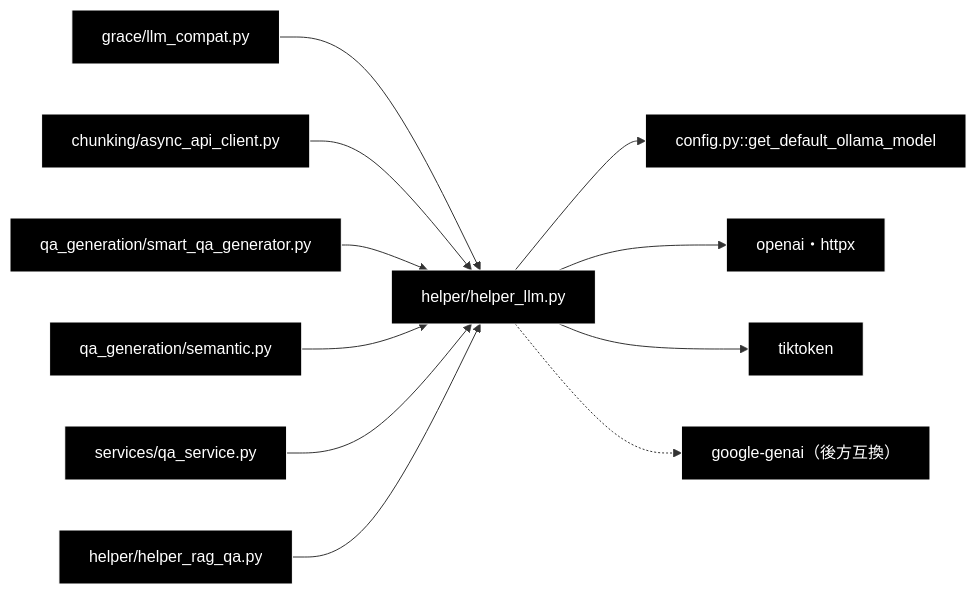
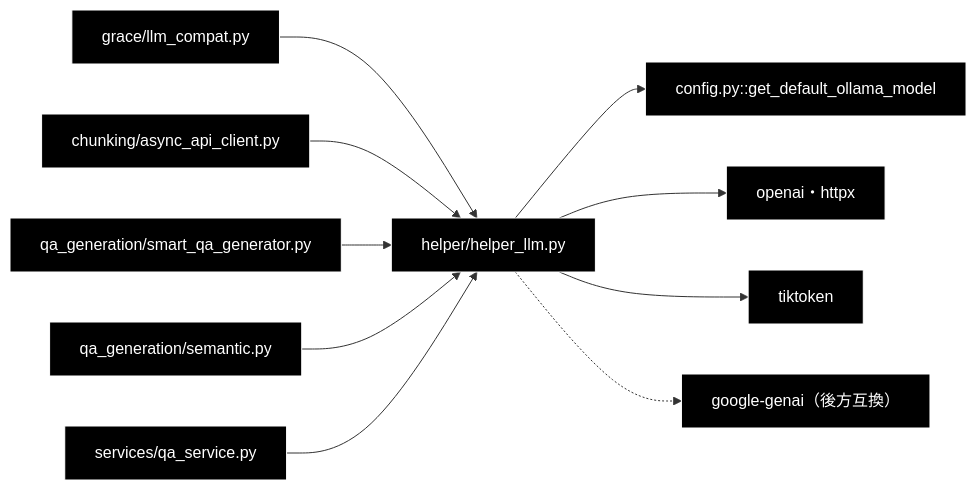
Before and after one commit to nakashima2toshio/grace_v2_local: the third of 3 diagrams in helper/docs/helper_llm.md, drawn with Mermaid. The commit also changed other lines of this file and 41 other files, not shown here.

````diff
--- a/helper/docs/helper_llm.md
+++ b/helper/docs/helper_llm.md
@@ -669,16 +668,15 @@
 ```mermaid
 flowchart LR
     LC["grace/llm_compat.py"] --> HL["helper/helper_llm.py"]
     CHK["chunking/async_api_client.py"] --> HL
     SQA["qa_generation/smart_qa_generator.py"] --> HL
     SEM["qa_generation/semantic.py"] --> HL
     QAS["services/qa_service.py"] --> HL
-    RQA["helper/helper_rag_qa.py"] --> HL
     HL --> CFG["config.py::get_default_ollama_model"]
     HL --> OAI["openai・httpx"]
     HL --> TIK["tiktoken"]
     HL -.-> GG["google-genai（後方互換）"]
 classDef default fill:#000,stroke:#fff,color:#fff
 classDef subgraphStyle fill:#1a1a1a,stroke:#fff,color:#fff
-class LC,CHK,SQA,SEM,QAS,RQA,HL,CFG,OAI,TIK,GG default
+class LC,CHK,SQA,SEM,QAS,HL,CFG,OAI,TIK,GG default
 ```
````
